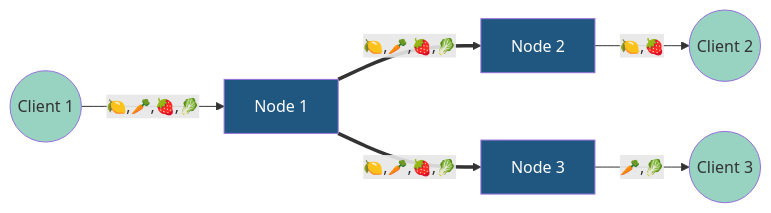
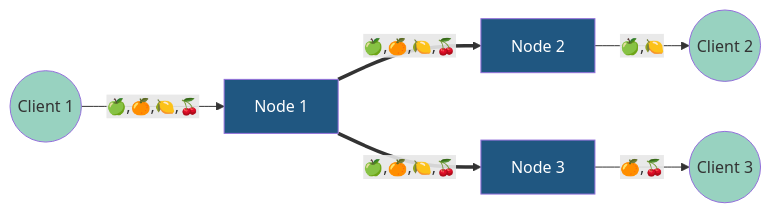
Before and after one commit to niklas-enns/message-broker: the third of 3 diagrams in README.md, drawn with Mermaid.

Commit message:
reformat table

````diff
--- a/README.md
+++ b/README.md
@@ -110,16 +110,16 @@
 ```mermaid
 graph LR;
-    N1[Node 1]==>|🍋,🥕,🍓,🥬|N2[Node 2]
-    N1==>|🍋,🥕,🍓,🥬|N3[Node 3]
+    N1[Node 1]==>|🍏,🍊,🍋,🍒|N2[Node 2]
+    N1==>|🍏,🍊,🍋,🍒|N3[Node 3]
     
-    C1((Client 1))-->|🍋,🥕,🍓,🥬|N1;
-    N2-->|🍋,🍓|C2((Client 2));
-    N3-->|🥕,🥬|C3((Client 3));
+    C1((Client 1))-->|🍏,🍊,🍋,🍒|N1;
+    N2-->|🍏,🍋|C2((Client 2));
+    N3-->|🍊,🍒|C3((Client 3));
     
     classDef c1 fill:#205781,color:white;
     classDef c2 fill:#4F959D,color:white;
     classDef c3 fill:#98D2C0;
     classDef c4 fill:#F6F8D5;
     class N1,N2,N3 c1
     class C1,C2,C3,C4 c3
 ```
````
